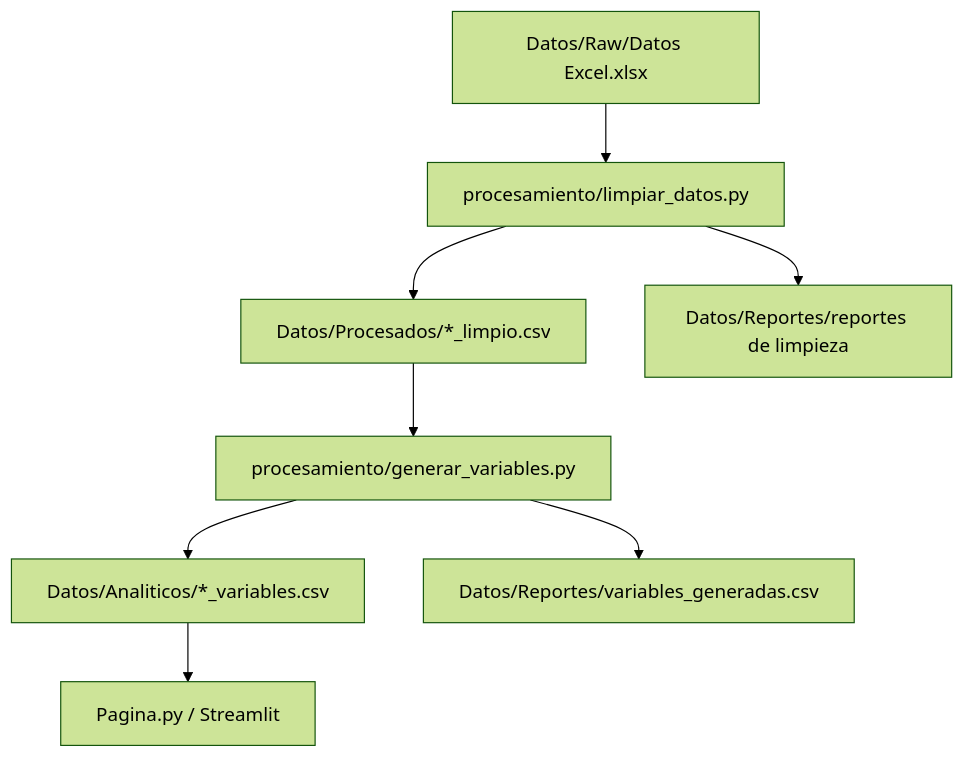
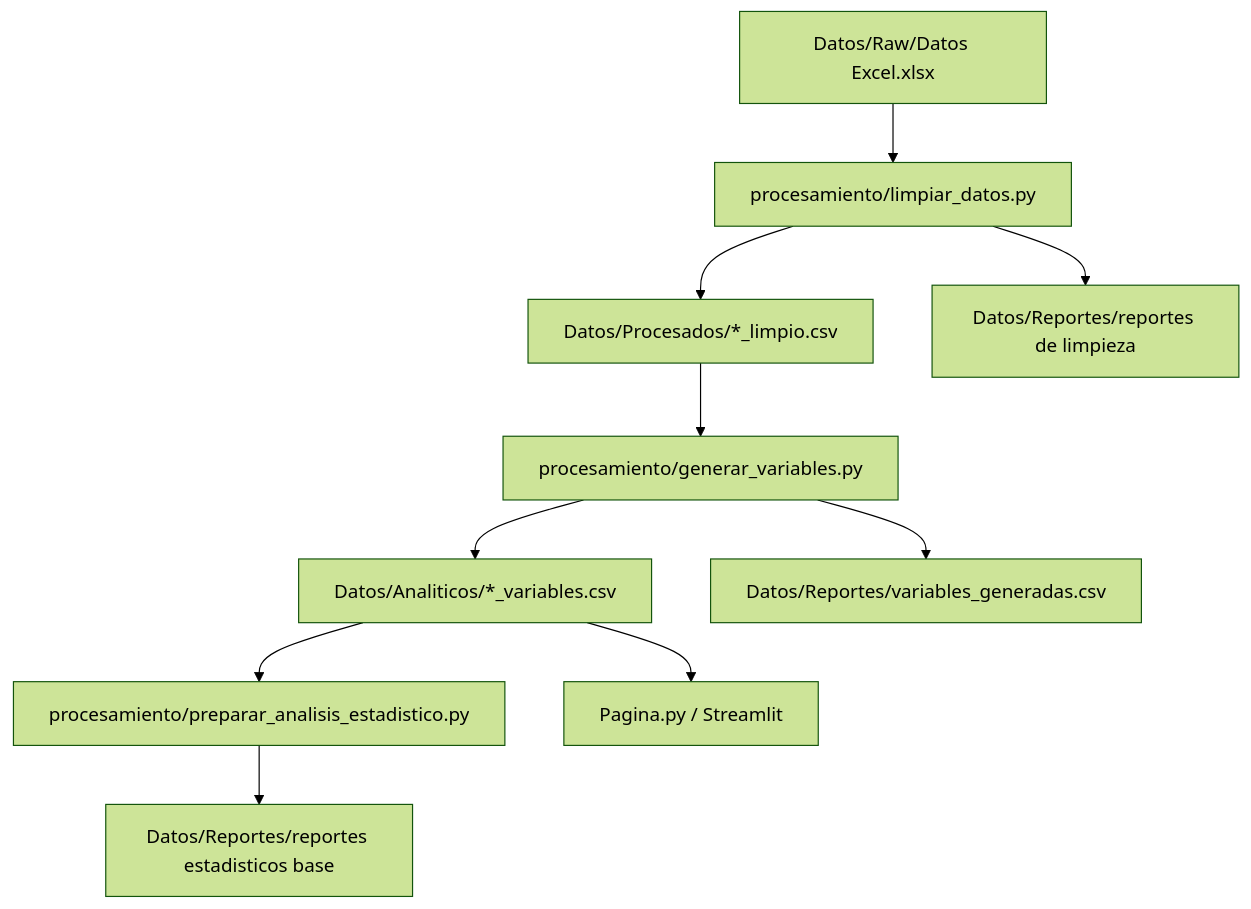
Before and after one commit to juandavidtejedormedina-hub/Pagina-Web: the diagram in docs/informe_bloques_y_sensores.md, drawn with Mermaid (forest theme). The commit also changed other lines of this file and 4 other files, not shown here.

Commit message:
Preparar datos para analisis estadistico

````diff
--- a/docs/informe_bloques_y_sensores.md
+++ b/docs/informe_bloques_y_sensores.md
@@ -112,10 +112,12 @@
 ```mermaid
 flowchart TD
     A[Datos/Raw/Datos Excel.xlsx] --> B[procesamiento/limpiar_datos.py]
     B --> C[Datos/Procesados/*_limpio.csv]
     B --> D[Datos/Reportes/reportes de limpieza]
     C --> E[procesamiento/generar_variables.py]
     E --> F[Datos/Analiticos/*_variables.csv]
     E --> G[Datos/Reportes/variables_generadas.csv]
-    F --> H[Pagina.py / Streamlit]
+    F --> H[procesamiento/preparar_analisis_estadistico.py]
+    H --> I[Datos/Reportes/reportes estadisticos base]
+    F --> J[Pagina.py / Streamlit]
 ```
````
